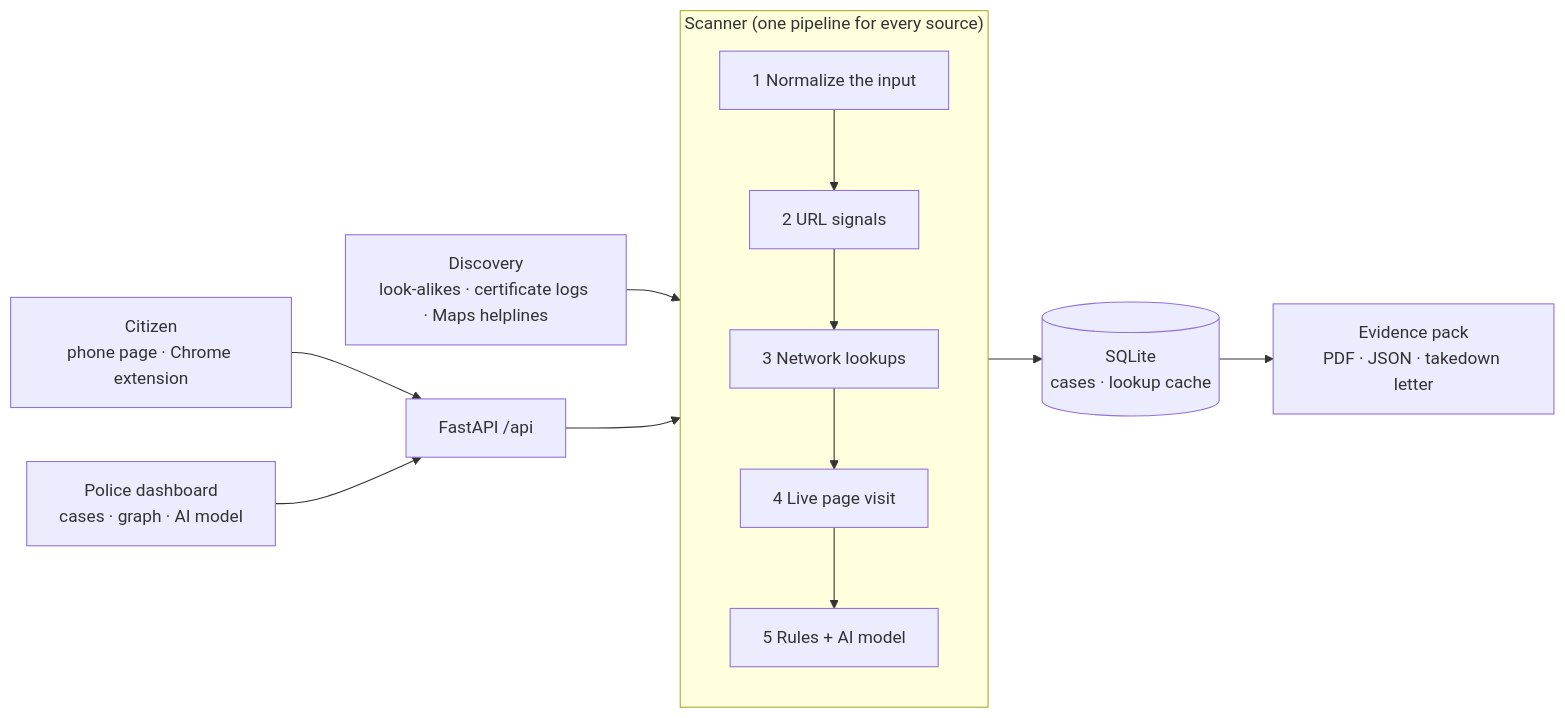
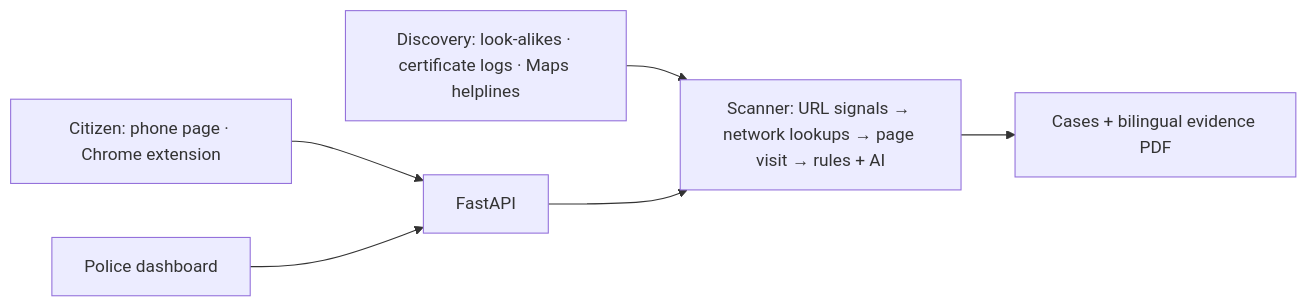
Before and after one commit to MohamedsCode/SAQR: the diagram in README.md, drawn with Mermaid. The commit also changed other lines of this file, not shown here.

````diff
--- a/README.md
+++ b/README.md
@@ -38,13 +36,8 @@
 ```mermaid
 flowchart LR
-    citizen["Citizen<br/>phone page · Chrome extension"] --> api
-    police["Police dashboard<br/>cases · graph · AI model"] --> api
-    discovery["Discovery<br/>look-alikes · certificate logs · Maps helplines"] --> scanner
-    api["FastAPI /api"] --> scanner
-    subgraph scanner["Scanner (one pipeline for every source)"]
-        direction TB
-        n["1 Normalize the input"] --> a["2 URL signals"] --> net["3 Network lookups"] --> page["4 Live page visit"] --> score["5 Rules + AI model"]
-    end
-    scanner --> store[("SQLite<br/>cases · lookup cache")]
-    store --> evidence["Evidence pack<br/>PDF · JSON · takedown letter"]
+    citizen["Citizen: phone page · Chrome extension"] --> api["FastAPI"]
+    police["Police dashboard"] --> api
+    discovery["Discovery: look-alikes · certificate logs · Maps helplines"] --> scan
+    api --> scan["Scanner: URL signals → network lookups → page visit → rules + AI"]
+    scan --> evidence["Cases + bilingual evidence PDF"]
 ```
````
